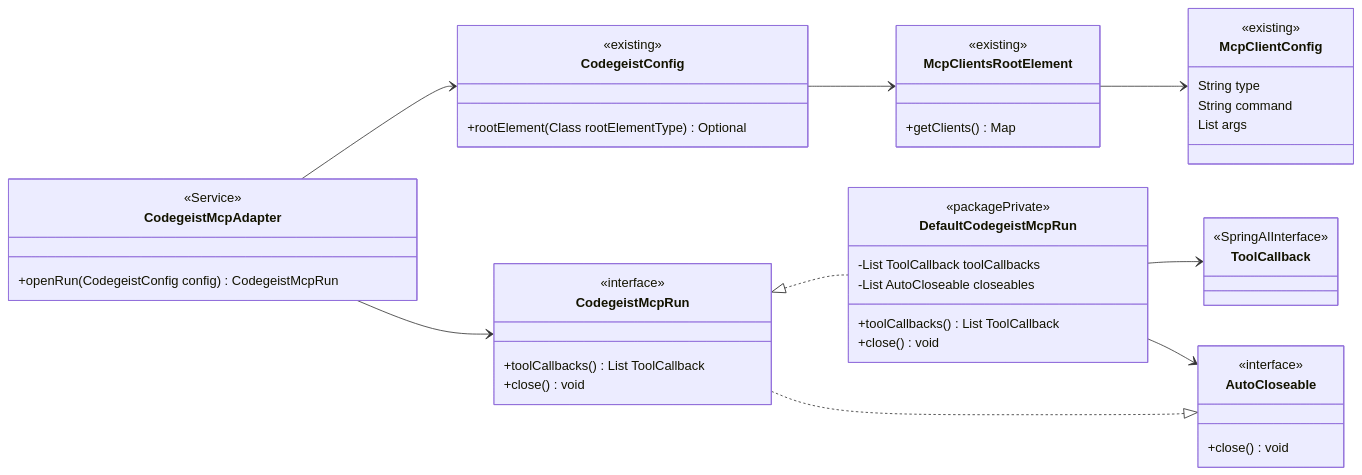
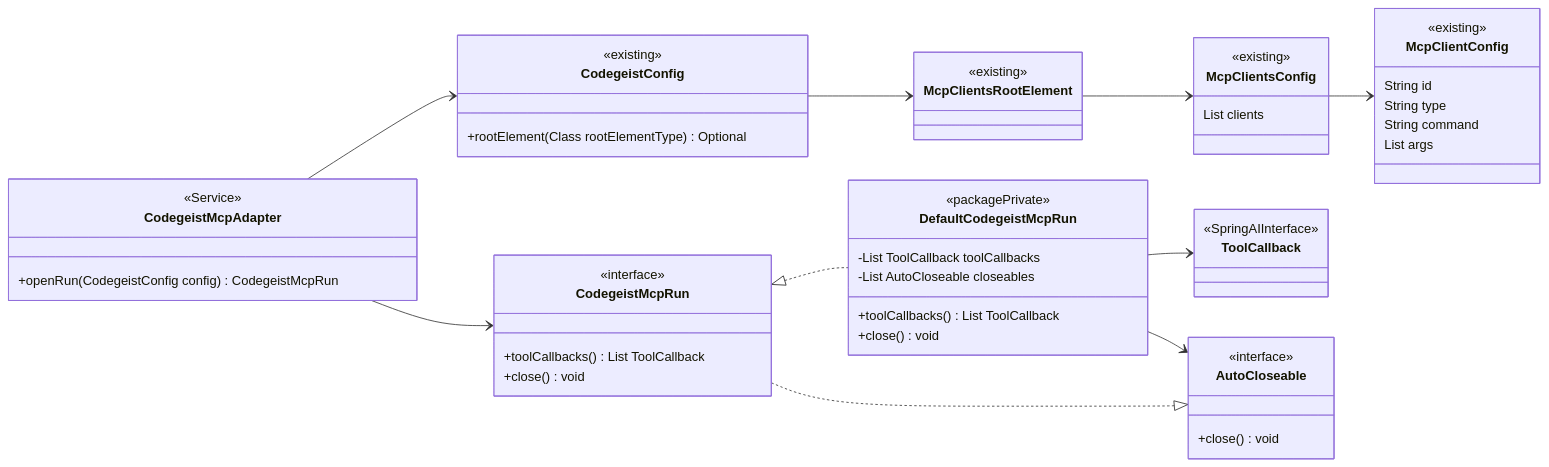
Before and after one commit to codegeist-ai/codegeist: the fourth of 6 diagrams in docs/tasks/T007_build-codegeist-runtime-harness/mcp-and-readwrite-tools-implementation-plan.md, drawn with Mermaid. The commit also changed other lines of this file and 46 other files, not shown here.

````diff
--- a/docs/tasks/T007_build-codegeist-runtime-harness/mcp-and-readwrite-tools-implementation-plan.md
+++ b/docs/tasks/T007_build-codegeist-runtime-harness/mcp-and-readwrite-tools-implementation-plan.md
@@ -411,59 +400,65 @@
 ```mermaid
 classDiagram
     direction LR
 
     class CodegeistMcpAdapter {
       <<Service>>
       <<Slf4j>>
       +openRun(CodegeistConfig config) CodegeistMcpRun
     }
 
     class CodegeistMcpRun {
       <<interface>>
       +toolCallbacks() List ToolCallback
       +close() void
     }
 
     class DefaultCodegeistMcpRun {
       <<packagePrivate>>
       -List ToolCallback toolCallbacks
       -List AutoCloseable closeables
       +toolCallbacks() List ToolCallback
       +close() void
     }
 
     class CodegeistConfig {
       <<existing>>
       +rootElement(Class rootElementType) Optional
     }
 
     class McpClientsRootElement {
       <<existing>>
-      +getClients() Map
+    }
+
+    class McpClientsConfig {
+      <<existing>>
+      List clients
     }
 
     class McpClientConfig {
       <<existing>>
+      String id
       String type
       String command
       List args
     }
 
     class ToolCallback {
       <<SpringAIInterface>>
     }
 
     class AutoCloseable {
       <<interface>>
       +close() void
     }
 
     CodegeistMcpAdapter --> CodegeistConfig
     CodegeistConfig --> McpClientsRootElement
-    McpClientsRootElement --> McpClientConfig
+    McpClientsRootElement --> McpClientsConfig
+    McpClientsConfig --> McpClientConfig
     CodegeistMcpAdapter --> CodegeistMcpRun
     CodegeistMcpRun <|.. DefaultCodegeistMcpRun
     AutoCloseable <|.. CodegeistMcpRun
     DefaultCodegeistMcpRun --> ToolCallback
     DefaultCodegeistMcpRun --> AutoCloseable
 ```
````
